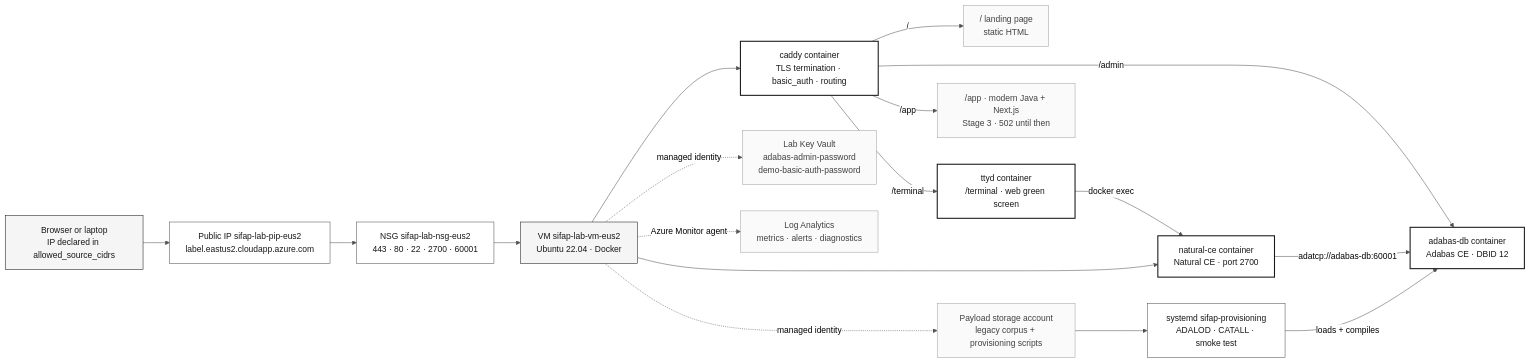
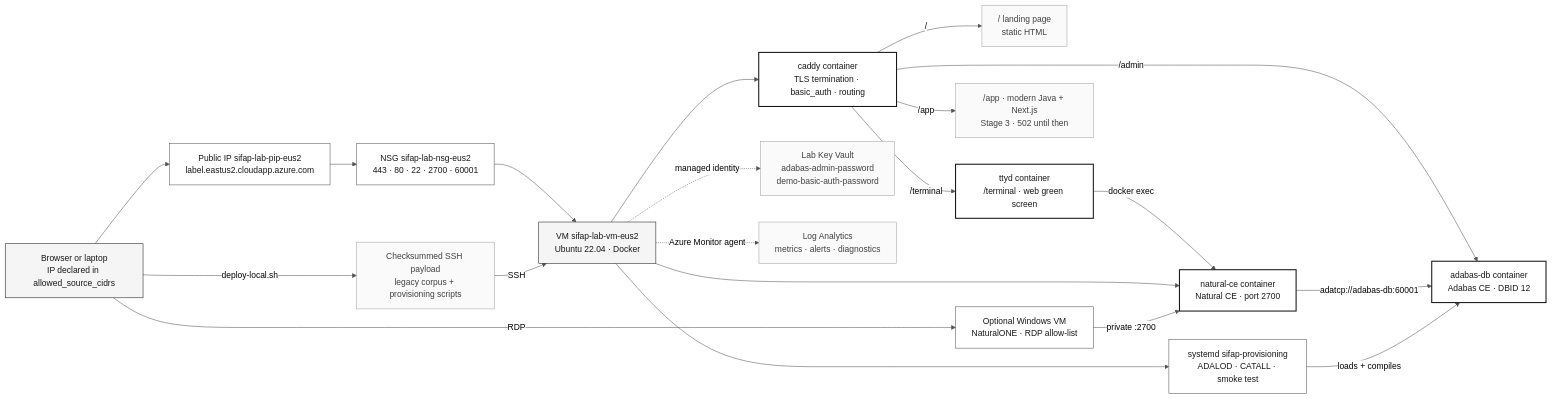
The diagram in infra/adabas-natural-lab/README.md (paulasilvatech/datacorp-mm-team-kit), drawn with Mermaid before and after one commit. The commit also changed other lines of this file and 13 other files, not shown here.

````diff
--- a/infra/adabas-natural-lab/README.md
+++ b/infra/adabas-natural-lab/README.md
@@ -68,38 +68,40 @@
 ```mermaid
 %%{init: {'theme':'neutral','themeVariables':{'fontFamily':'ui-sans-serif, system-ui, sans-serif','primaryColor':'#F5F5F5','primaryTextColor':'#171717','primaryBorderColor':'#171717','lineColor':'#525252','secondaryColor':'#FFFFFF','tertiaryColor':'#FAFAFA','background':'#FFFFFF'}}}%%
 flowchart LR
     classDef step fill:#F5F5F5,stroke:#171717,color:#171717
     classDef alt fill:#FFFFFF,stroke:#525252,color:#171717
     classDef muted fill:#FAFAFA,stroke:#A3A3A3,color:#404040
     classDef result fill:#FFFFFF,stroke:#171717,color:#171717,stroke-width:2px
 
     DEV["Browser or laptop<br/>IP declared in allowed_source_cidrs"]:::step
     DNS["Public IP sifap-lab-pip-eus2<br/>label.eastus2.cloudapp.azure.com"]:::alt
     NSG["NSG sifap-lab-nsg-eus2<br/>443 · 80 · 22 · 2700 · 60001"]:::alt
     CAD["caddy container<br/>TLS termination · basic_auth · routing"]:::result
     VM["VM sifap-lab-vm-eus2<br/>Ubuntu 22.04 · Docker"]:::step
     WWW["/ landing page<br/>static HTML"]:::muted
     TTY["ttyd container<br/>/terminal · web green screen"]:::result
     APP["/app · modern Java + Next.js<br/>Stage 3 · 502 until then"]:::muted
     NAT["natural-ce container<br/>Natural CE · port 2700"]:::result
     ADA["adabas-db container<br/>Adabas CE · DBID 12"]:::result
     KV["Lab Key Vault<br/>adabas-admin-password<br/>demo-basic-auth-password"]:::muted
-    BLOB["Payload storage account<br/>legacy corpus + provisioning scripts"]:::muted
+    PAYLOAD["Checksummed SSH payload<br/>legacy corpus + provisioning scripts"]:::muted
+    WS["Optional Windows VM<br/>NaturalONE · RDP allow-list"]:::alt
     PROV["systemd sifap-provisioning<br/>ADALOD · CATALL · smoke test"]:::alt
     LAW["Log Analytics<br/>metrics · alerts · diagnostics"]:::muted
 
     DEV --> DNS --> NSG --> VM
     VM --> CAD
     CAD -->|"/"| WWW
     CAD -->|"/terminal"| TTY
     CAD -->|"/app"| APP
     CAD -->|"/admin"| ADA
     TTY -->|"docker exec"| NAT
     VM --> NAT
     NAT -->|"adatcp://adabas-db:60001"| ADA
     VM -.->|"managed identity"| KV
-    VM -.->|"managed identity"| BLOB
-    BLOB --> PROV
+    DEV -->|"deploy-local.sh"| PAYLOAD -->|"SSH"| VM
+    VM --> PROV
+    DEV -->|"RDP"| WS -->|"private :2700"| NAT
     PROV -->|"loads + compiles"| ADA
     VM -.->|"Azure Monitor agent"| LAW
 ```
````
